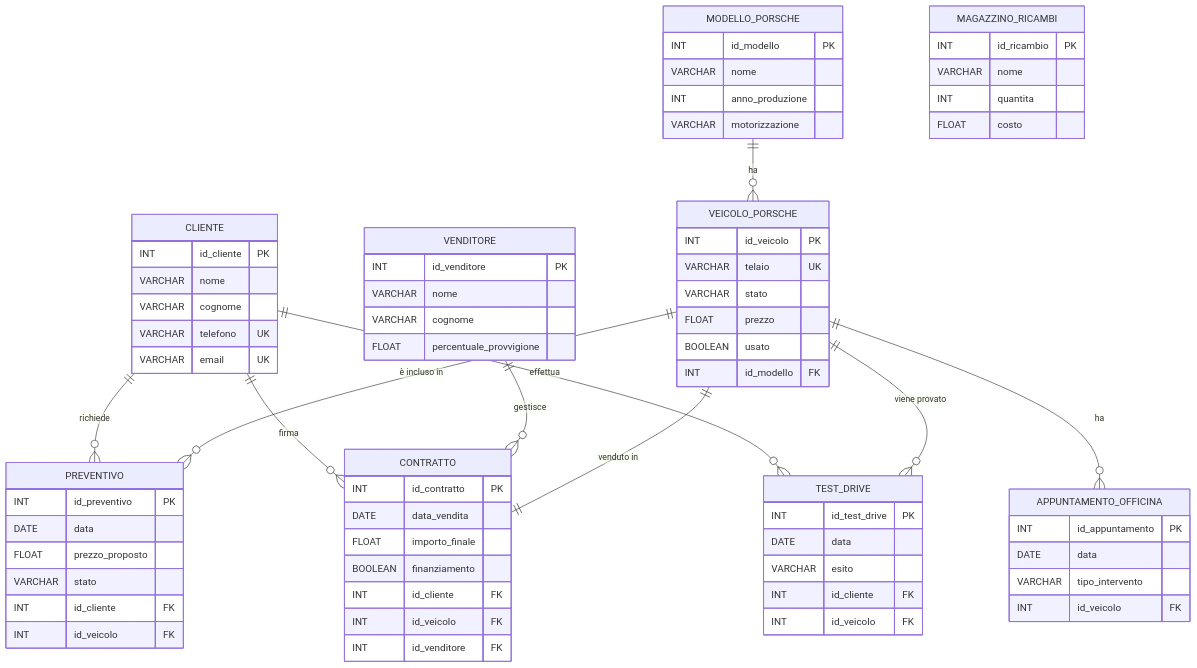
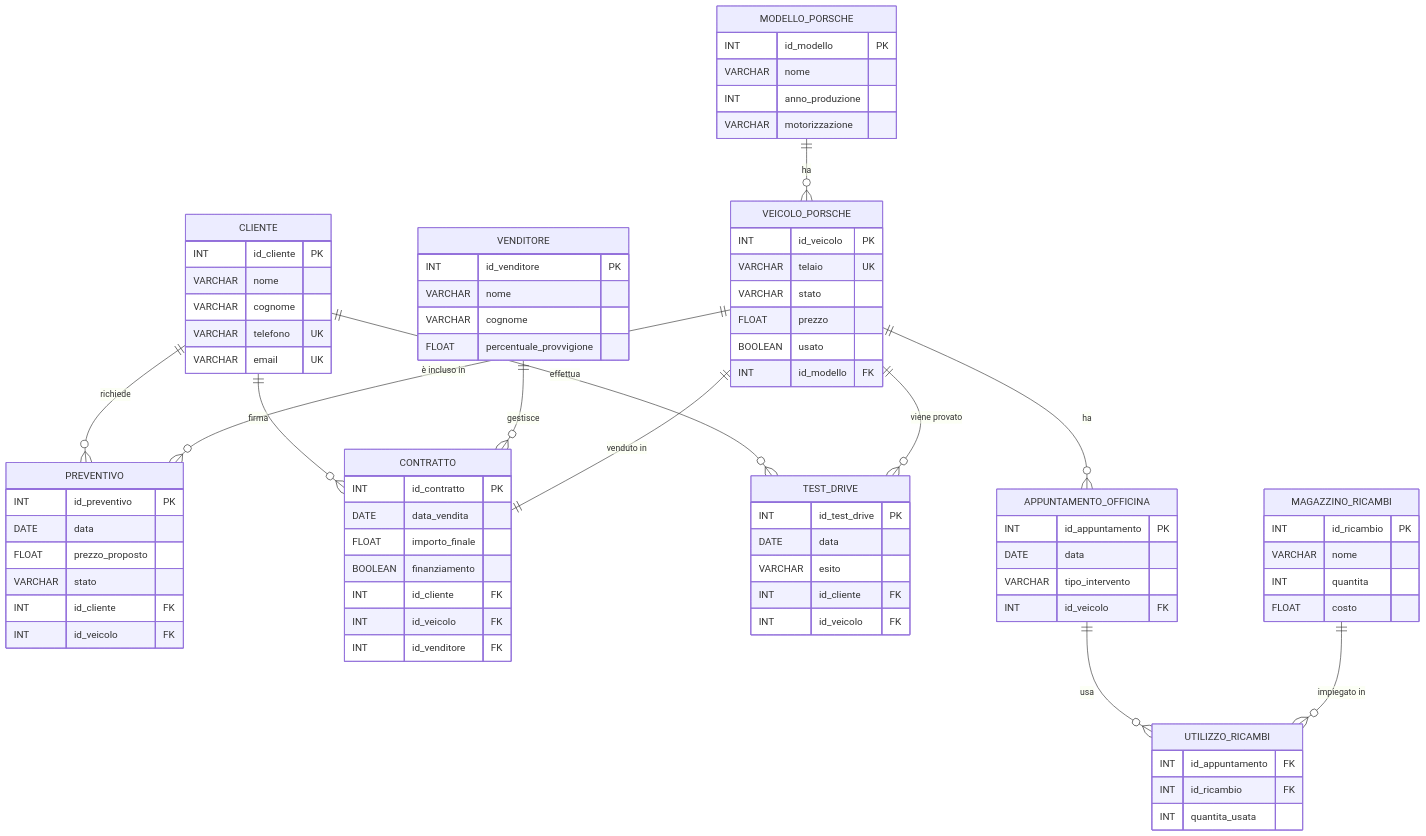
One commit to THi3rr0125/Progetto-Database-Concessionaria-Porsche changed the diagram in README.md. Above: the diagram before and after it, drawn with Mermaid.

Commit message:
Update ER diagram with UTILIZZO_RICAMBI entity
Added UTILIZZO_RICAMBI entity and its relationships to the ER diagram.

````diff
--- a/README.md
+++ b/README.md
@@ -137,7 +137,13 @@
         FLOAT costo
     }
 
-    
+    UTILIZZO_RICAMBI {
+        INT id_appuntamento FK
+        INT id_ricambio FK
+        INT quantita_usata
+    }
+
+    %% RELAZIONI
 
     MODELLO_PORSCHE ||--o{ VEICOLO_PORSCHE : "ha"
 
@@ -152,4 +158,7 @@
     VEICOLO_PORSCHE ||--o{ TEST_DRIVE : "viene provato"
 
     VEICOLO_PORSCHE ||--o{ APPUNTAMENTO_OFFICINA : "ha"
+
+    APPUNTAMENTO_OFFICINA ||--o{ UTILIZZO_RICAMBI : "usa"
+    MAGAZZINO_RICAMBI ||--o{ UTILIZZO_RICAMBI : "impiegato in"
 ```
````
